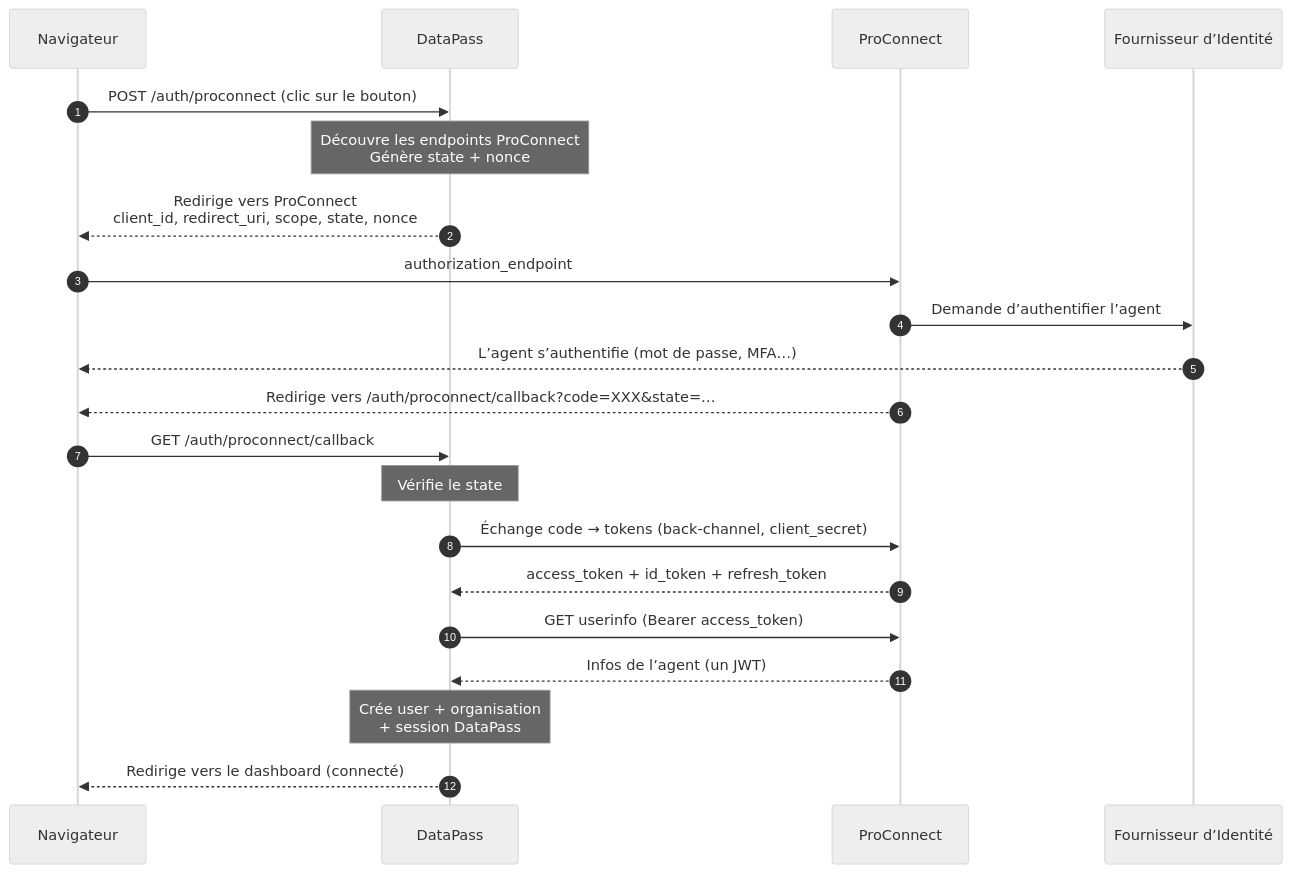
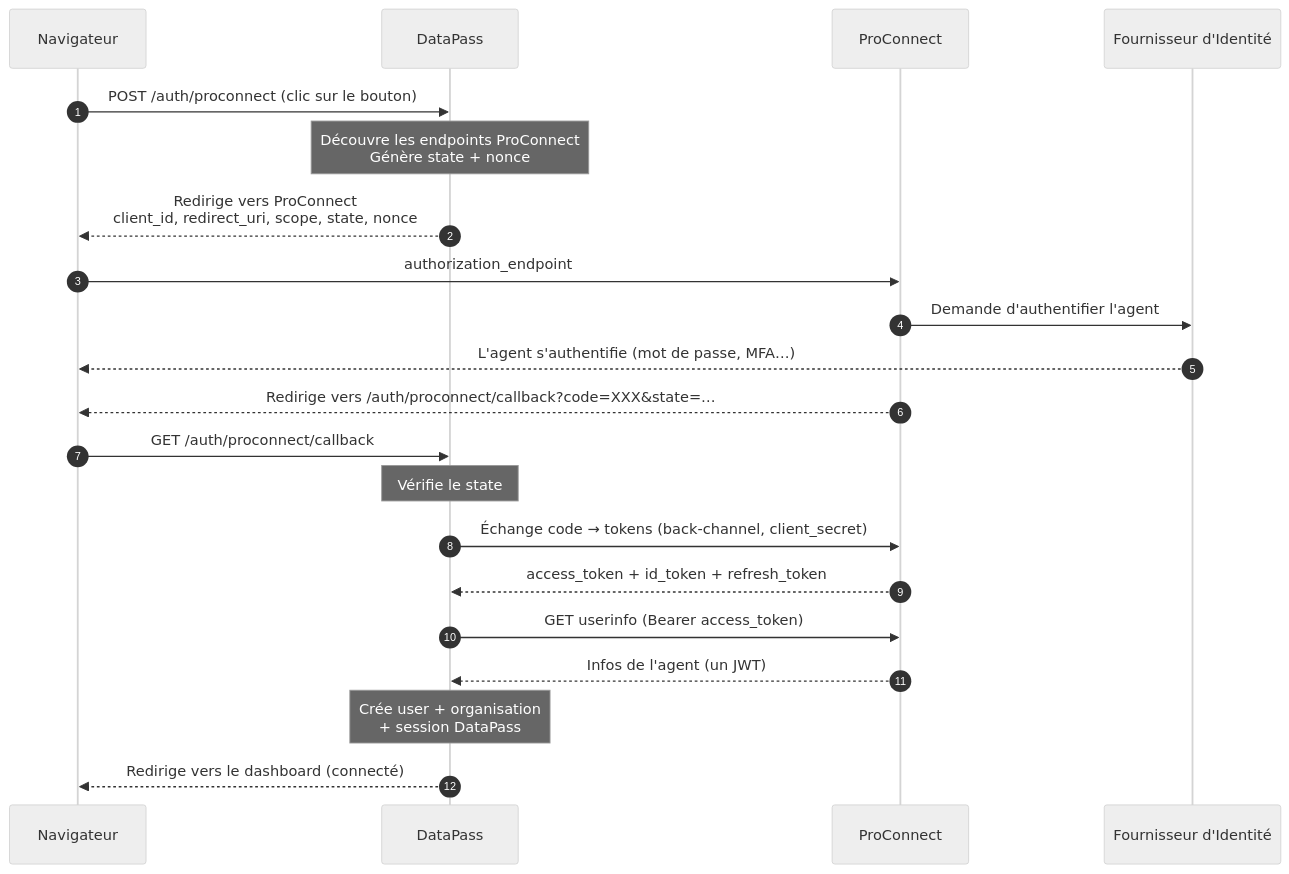
Before and after one commit to etalab/data_pass: the second of 5 diagrams in docs/technique/authentification_proconnect.md, drawn with Mermaid (neutral theme). The commit also changed other lines of this file and 6 other files, not shown here.

````diff
--- a/docs/technique/authentification_proconnect.md
+++ b/docs/technique/authentification_proconnect.md
@@ -59,24 +58,24 @@
 ```mermaid
 sequenceDiagram
     autonumber
     participant N as Navigateur
     participant DP as DataPass
     participant PC as ProConnect
-    participant FI as Fournisseur d’Identité
+    participant FI as Fournisseur d'Identité
 
     N->>DP: POST /auth/proconnect (clic sur le bouton)
     Note over DP: Découvre les endpoints ProConnect<br/>Génère state + nonce
     DP-->>N: Redirige vers ProConnect<br/>client_id, redirect_uri, scope, state, nonce
     N->>PC: authorization_endpoint
-    PC->>FI: Demande d’authentifier l’agent
-    FI-->>N: L’agent s’authentifie (mot de passe, MFA…)
+    PC->>FI: Demande d'authentifier l'agent
+    FI-->>N: L'agent s'authentifie (mot de passe, MFA…)
     PC-->>N: Redirige vers /auth/proconnect/callback?code=XXX&state=…
     N->>DP: GET /auth/proconnect/callback
     Note over DP: Vérifie le state
     DP->>PC: Échange code → tokens (back-channel, client_secret)
     PC-->>DP: access_token + id_token + refresh_token
     DP->>PC: GET userinfo (Bearer access_token)
-    PC-->>DP: Infos de l’agent (un JWT)
+    PC-->>DP: Infos de l'agent (un JWT)
     Note over DP: Crée user + organisation<br/>+ session DataPass
     DP-->>N: Redirige vers le dashboard (connecté)
 ```
````
